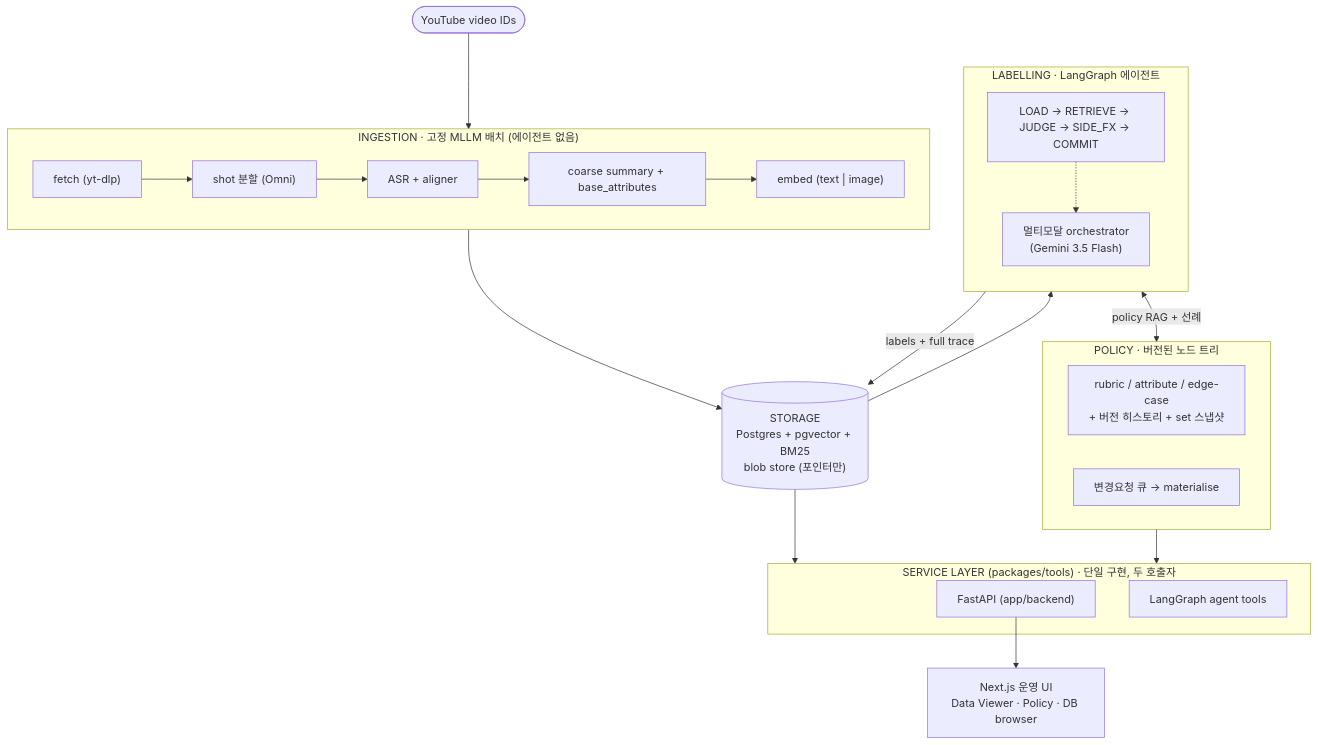
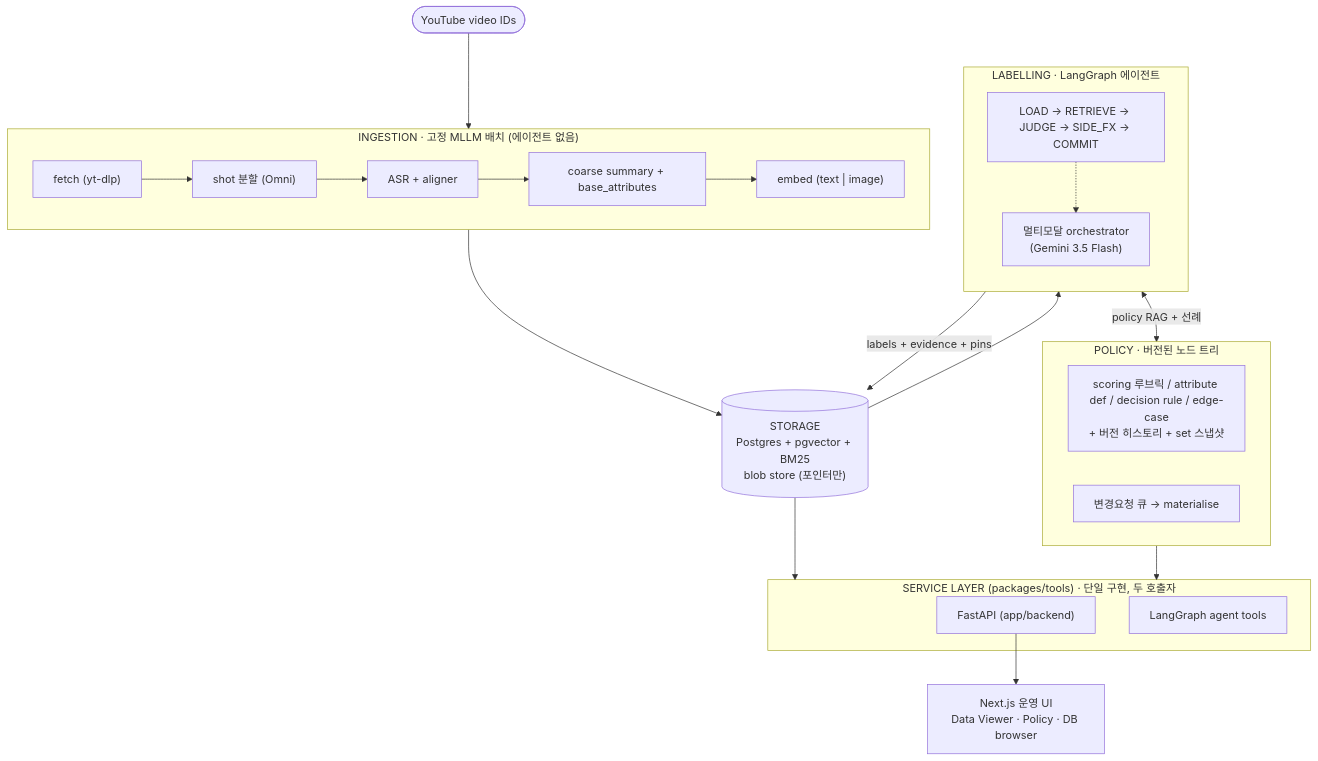
One commit to jhoowy/GV-Auto-Labelling-Agent changed the first of 5 diagrams in docs/ARCHITECTURE.ko.md. Above: the diagram before and after it, drawn with Mermaid. The commit also changed other lines of this file and 5 other files, not shown here.

First line of the commit message:
Update docs to match the policy redesign (attribute-driven JUDGE, decision tree, provenance)

````diff
--- a/docs/ARCHITECTURE.ko.md
+++ b/docs/ARCHITECTURE.ko.md
@@ -14,39 +14,39 @@
 ```mermaid
 flowchart TB
   IDS(["YouTube video IDs"])
 
   subgraph ING["INGESTION · 고정 MLLM 배치 (에이전트 없음)"]
     direction LR
     F["fetch (yt-dlp)"] --> SEG["shot 분할 (Omni)"] --> A["ASR + aligner"]
     A --> C["coarse summary + base_attributes"] --> E["embed (text | image)"]
   end
 
   STORE[("STORAGE<br/>Postgres + pgvector + BM25<br/>blob store (포인터만)")]
 
   subgraph LAB["LABELLING · LangGraph 에이전트"]
     direction TB
     SM["LOAD → RETRIEVE → JUDGE → SIDE_FX → COMMIT"]
     ORCH["멀티모달 orchestrator<br/>(Gemini 3.5 Flash)"]
     SM -.-> ORCH
   end
 
   subgraph POL["POLICY · 버전된 노드 트리"]
-    PT["rubric / attribute / edge-case<br/>+ 버전 히스토리 + set 스냅샷"]
+    PT["scoring 루브릭 / attribute def / decision rule / edge-case<br/>+ 버전 히스토리 + set 스냅샷"]
     PQ["변경요청 큐 → materialise"]
   end
 
   subgraph SVC["SERVICE LAYER (packages/tools) · 단일 구현, 두 호출자"]
     API["FastAPI (app/backend)"]
     AT["LangGraph agent tools"]
   end
 
   UI["Next.js 운영 UI<br/>Data Viewer · Policy · DB browser"]
 
   IDS --> ING --> STORE
   STORE --> LAB
   LAB <-->|"policy RAG + 선례"| POL
-  LAB -->|"labels + full trace"| STORE
+  LAB -->|"labels + evidence + pins"| STORE
   STORE --> SVC
   POL --> SVC
   API --> UI
 ```
````
